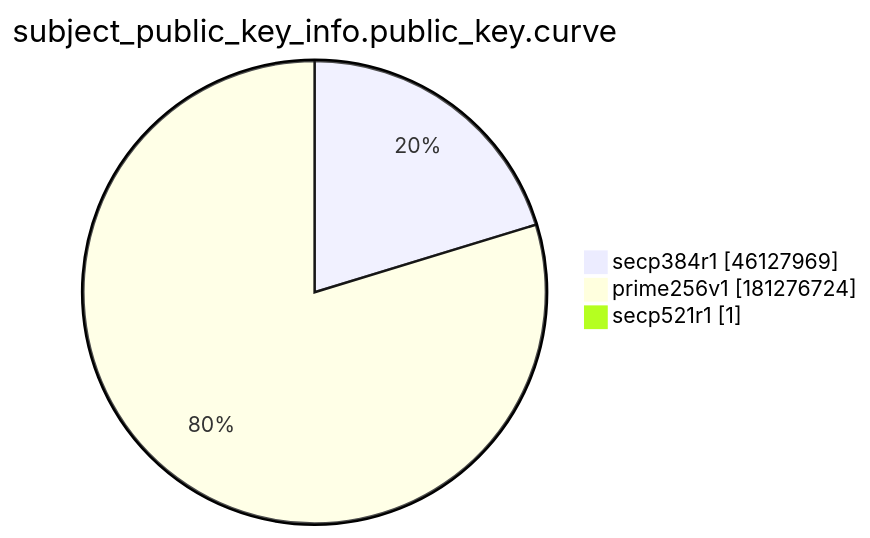
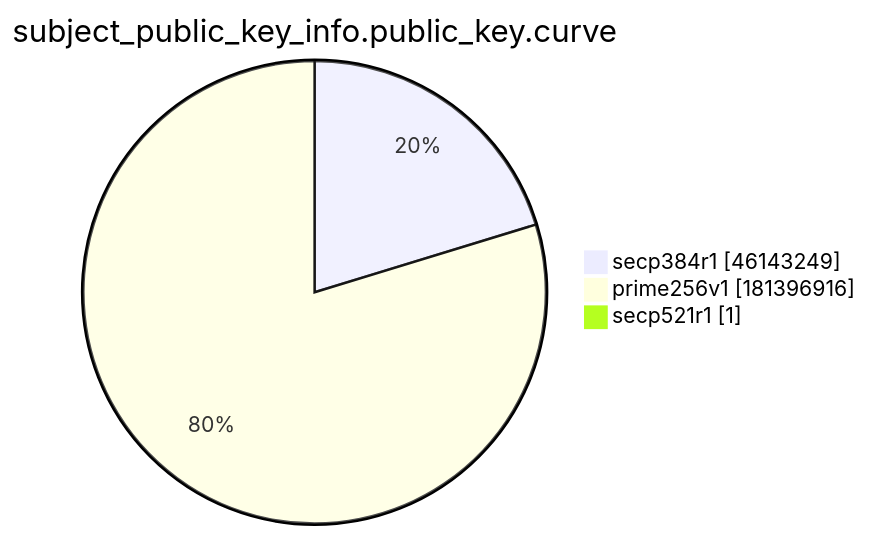
Before and after one commit to christiankrug/ctmonitor_visualization: the ninth of 15 diagrams in xenon2022/README.md, drawn with Mermaid. The commit also changed other lines of this file, not shown here.

````diff
--- a/xenon2022/README.md
+++ b/xenon2022/README.md
@@ -2874,7 +2874,7 @@
 ```mermaid
 pie showData
 title subject_public_key_info.public_key.curve
-"secp384r1" :46127969
-"prime256v1" :181276724
+"secp384r1" :46143249
+"prime256v1" :181396916
 "secp521r1" :1
 ```
````
